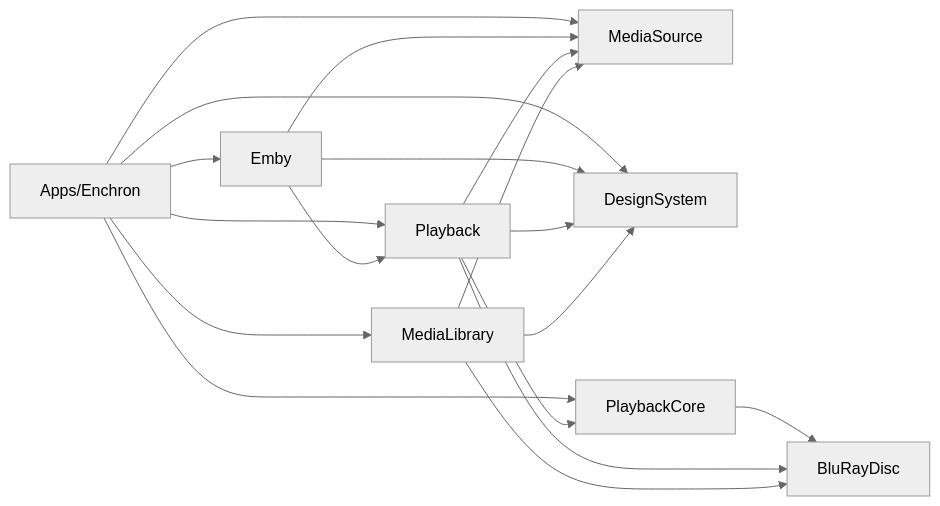
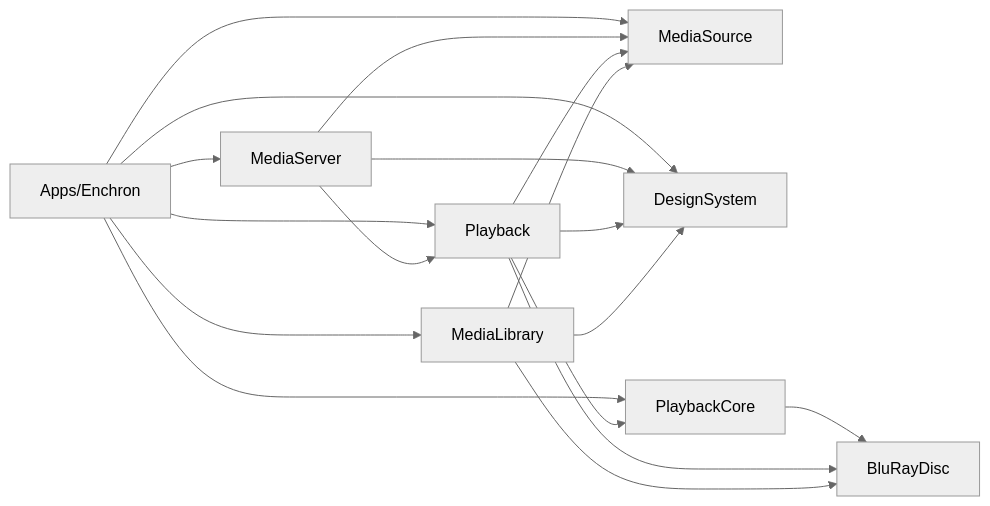
The diagram in ARCHITECTURE.md (1873663116/Enchron), drawn with Mermaid (neutral theme) before and after one commit. The commit also changed other lines of this file and 173 other files, not shown here.

First line of the commit message:
feat(media-server): support Plex and Jellyfin (#2)

````diff
--- a/ARCHITECTURE.md
+++ b/ARCHITECTURE.md
@@ -40,29 +40,29 @@
 ```mermaid
 flowchart LR
     MediaSource["MediaSource"]
     DesignSystem["DesignSystem"]
     PlaybackCore["PlaybackCore"]
     BluRayDisc["BluRayDisc"]
     MediaLibrary["MediaLibrary"]
     Playback["Playback"]
-    Emby["Emby"]
+    MediaServer["MediaServer"]
     App["Apps/Enchron"]
 
     MediaLibrary --> MediaSource
     MediaLibrary --> DesignSystem
     MediaLibrary --> BluRayDisc
     Playback --> MediaSource
     Playback --> DesignSystem
     Playback --> PlaybackCore
     Playback --> BluRayDisc
     PlaybackCore --> BluRayDisc
-    Emby --> MediaSource
-    Emby --> DesignSystem
-    Emby --> Playback
+    MediaServer --> MediaSource
+    MediaServer --> DesignSystem
+    MediaServer --> Playback
     App --> MediaLibrary
     App --> Playback
-    App --> Emby
+    App --> MediaServer
     App --> MediaSource
     App --> DesignSystem
     App --> PlaybackCore
 ```
````
